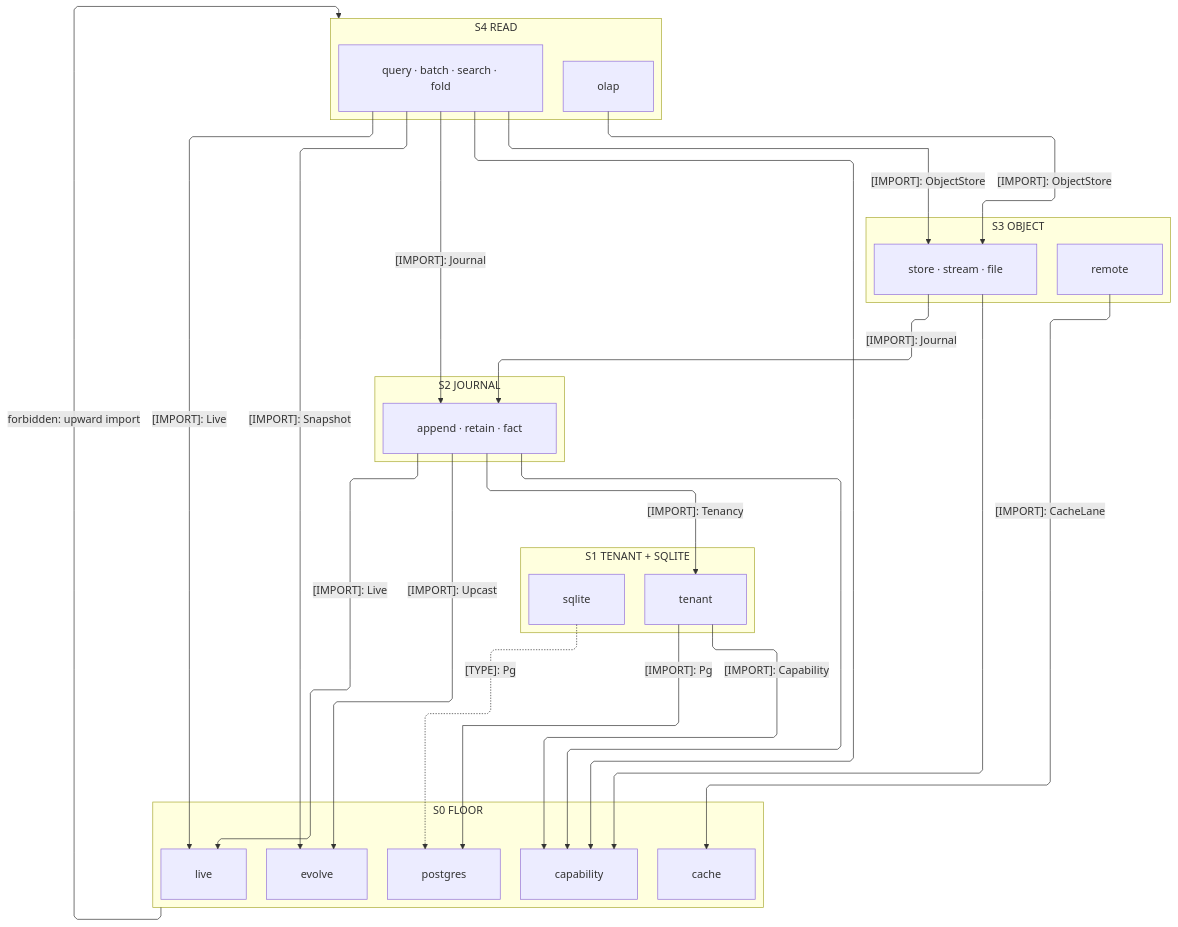
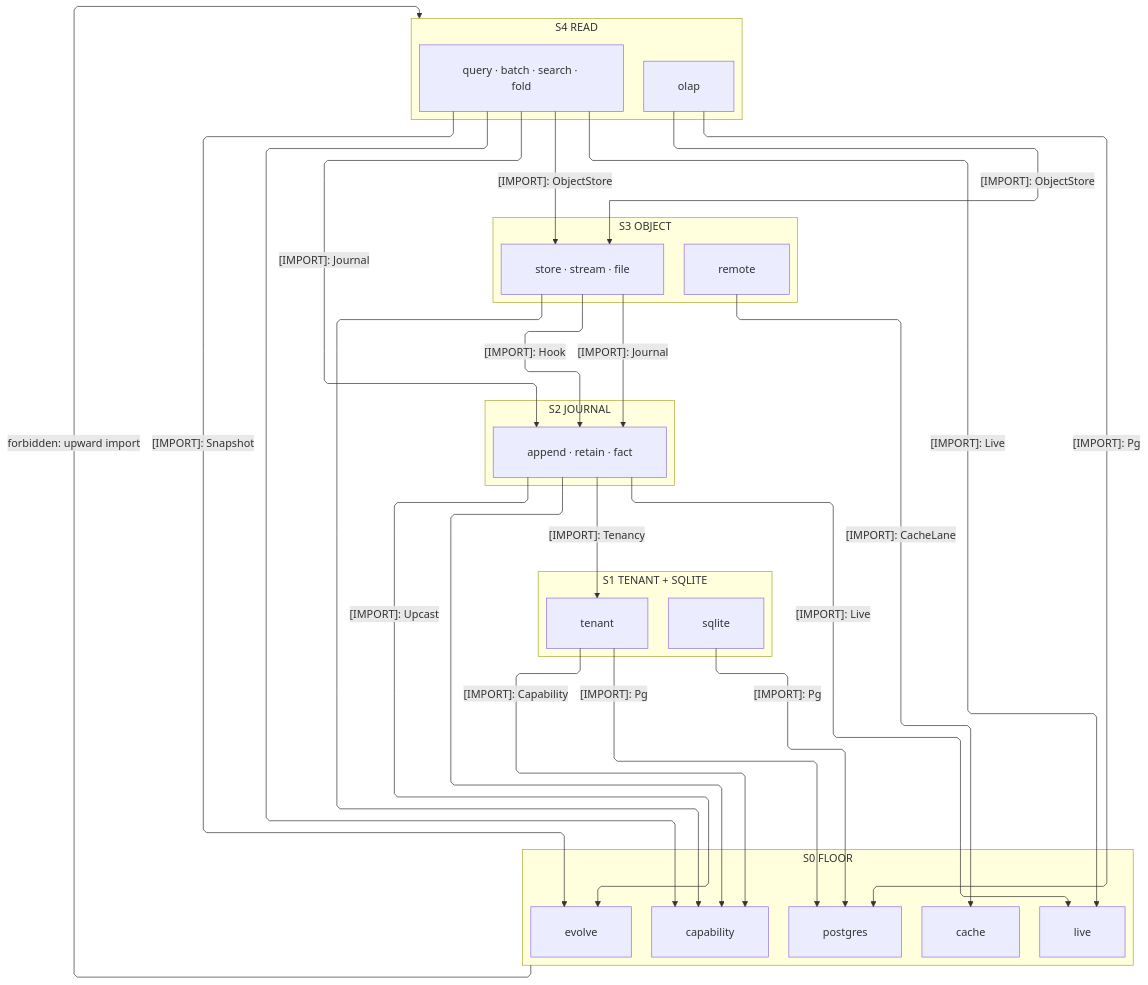
One commit to bsamiee/Rasm changed the first of 2 diagrams in libs/typescript/data/ARCHITECTURE.md. Above: the diagram before and after it, drawn with Mermaid. The commit also changed other lines of this file and 195 other files, not shown here.

````diff
--- a/libs/typescript/data/ARCHITECTURE.md
+++ b/libs/typescript/data/ARCHITECTURE.md
@@ -43,51 +43,53 @@
 ```mermaid
 ---
 config:
   layout: elk
   flowchart:
     curve: linear
     padding: 25
 ---
 flowchart TB
     accTitle: Data interior import strata
-    accDescr: Five interior waves — read and olap over object over journal over the tenant write path onto the mint floor — every import downward, labeled edges naming one sourced type each, remote alone reaching the cache lane, sqlite holding a dashed type-only Pg read beside the tenant write path, and one forbidden upward edge styled red.
+    accDescr: Five interior waves — read and olap over object over journal over the tenant write path onto the mint floor — every import downward, labeled edges naming one sourced type each, remote alone reaching the cache lane, sqlite and olap reading the Pg profile band beside the tenant write path, and one forbidden upward edge styled red.
     subgraph S4["S4 READ"]
         Olap[olap]
         Read["query · batch · search · fold"]
     end
     subgraph S3["S3 OBJECT"]
         Object["store · stream · file"]
         Remote[remote]
     end
     subgraph S2["S2 JOURNAL"]
         Journal["append · retain · fact"]
     end
     subgraph S1["S1 TENANT + SQLITE"]
         Tenant[tenant]
         Sqlite[sqlite]
     end
     subgraph S0["S0 FLOOR"]
         Postgres[postgres]
         Capability[capability]
         Evolve[evolve]
         Live[live]
         Cache[cache]
     end
     Tenant e1@-->|"[IMPORT]: Capability"| Capability
     Tenant e2@-->|"[IMPORT]: Pg"| Postgres
     Journal e3@-->|"[IMPORT]: Tenancy"| Tenant
     Journal e4@-->|"[IMPORT]: Upcast"| Evolve
     Journal e5@-->|"[IMPORT]: Live"| Live
     Journal e6@--> Capability
     Object e7@-->|"[IMPORT]: Journal"| Journal
     Remote e8@-->|"[IMPORT]: CacheLane"| Cache
     Object e9@--> Capability
     Read e10@-->|"[IMPORT]: ObjectStore"| Object
     Read e11@-->|"[IMPORT]: Journal"| Journal
     Read e12@-->|"[IMPORT]: Live"| Live
     Read e13@--> Capability
     Read e14@-->|"[IMPORT]: Snapshot"| Evolve
     Olap e15@-->|"[IMPORT]: ObjectStore"| Object
-    Sqlite e16@-.->|"[TYPE]: Pg"| Postgres
+    Olap e17@-->|"[IMPORT]: Pg"| Postgres
+    Sqlite e16@-->|"[IMPORT]: Pg"| Postgres
+    Object e18@-->|"[IMPORT]: Hook"| Journal
     S0 f1@-->|"forbidden: upward import"| S4
 ```
````
